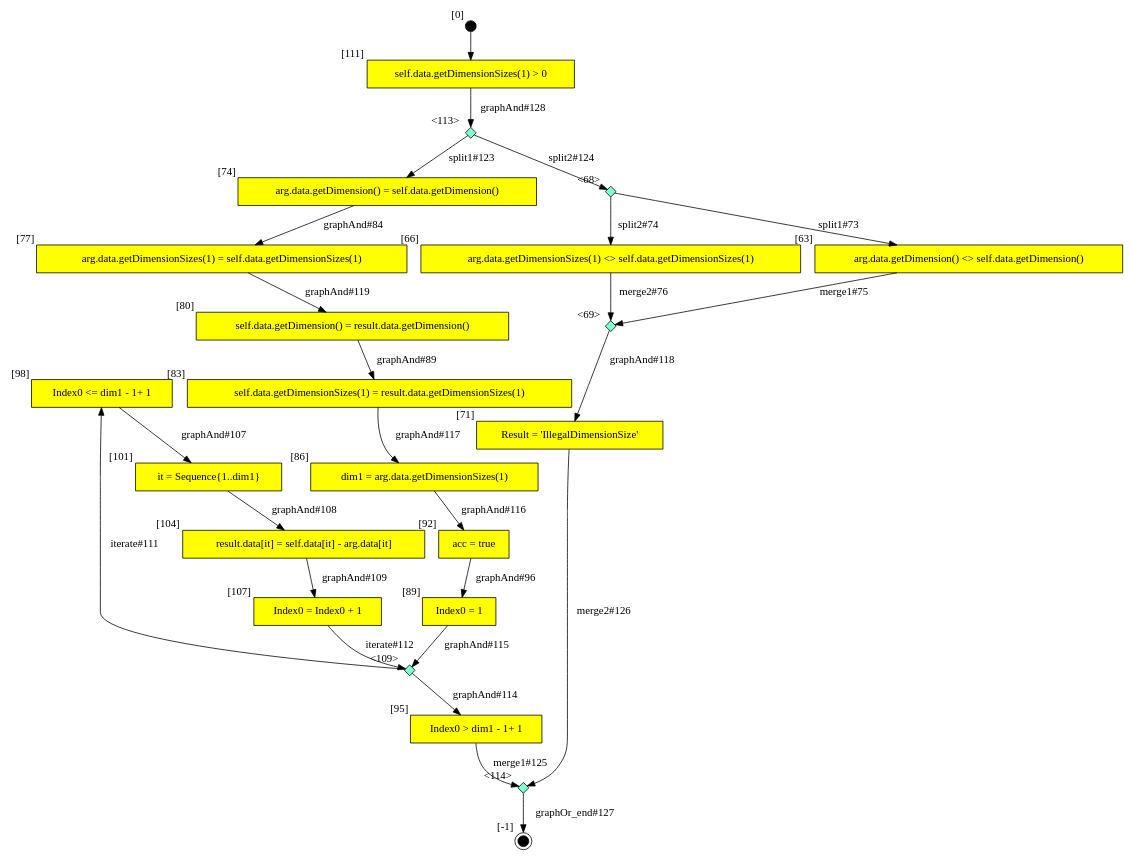
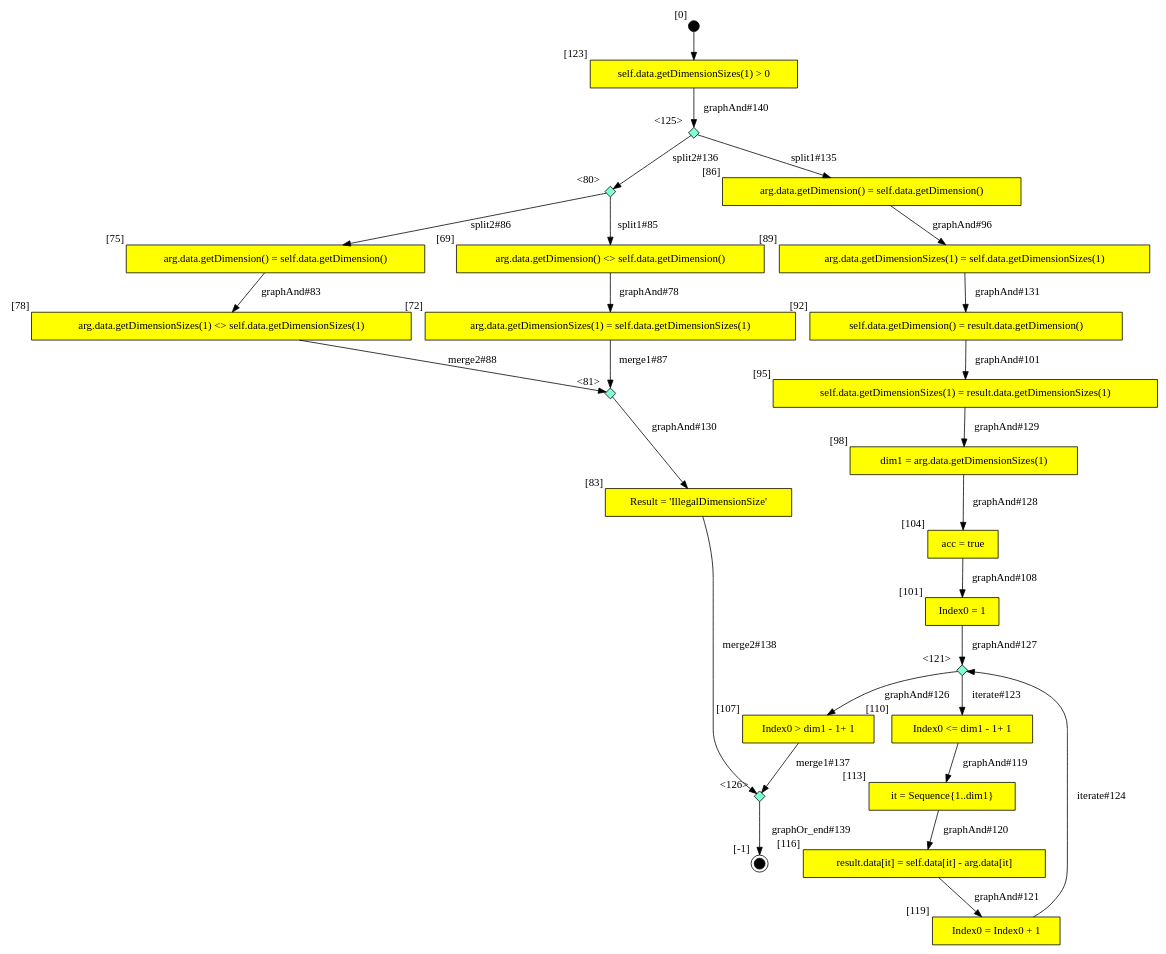
One commit to SamHseih/ocl-testcase-generator changed the diagram in output/CLG/VarArray/DynamicFixedsizeVarArrays_VarArray_sub_DCC.dot. Above: the diagram before and after it, drawn with Graphviz. The commit also changed 642 other files, not shown here.

```diff
--- a/output/CLG/VarArray/DynamicFixedsizeVarArrays_VarArray_sub_DCC.dot
+++ b/output/CLG/VarArray/DynamicFixedsizeVarArrays_VarArray_sub_DCC.dot
@@ -1,50 +1,54 @@
 digraph CLG {
-  98 [shape="box", label="Index0 <= dim1 - 1+ 1", style=filled, fillcolor=yellow, xlabel="[98]"];
-  66 [shape="box", label="arg.data.getDimensionSizes(1) <> self.data.getDimensionSizes(1)", style=filled, fillcolor=yellow, xlabel="[66]"];
-  68 [shape="diamond", label="", xlabel="<68>", style=filled, fillcolor=aquamarine, fixedsize=true, width=.2, height=.2];
-  101 [shape="box", label="it = Sequence{1..dim1}", style=filled, fillcolor=yellow, xlabel="[101]"];
-  69 [shape="diamond", label="", xlabel="<69>", style=filled, fillcolor=aquamarine, fixedsize=true, width=.2, height=.2];
-  71 [shape="box", label="Result = 'IllegalDimensionSize'", style=filled, fillcolor=yellow, xlabel="[71]"];
-  104 [shape="box", label="result.data[it] = self.data[it] - arg.data[it]", style=filled, fillcolor=yellow, xlabel="[104]"];
-  72 [style=filled, fillcolor=black, shape="doublecircle", label="", fixedsize=true, width=.2, height=.2, xlabel="[-1]"];
-  74 [shape="box", label="arg.data.getDimension() = self.data.getDimension()", style=filled, fillcolor=yellow, xlabel="[74]"];
-  107 [shape="box", label="Index0 = Index0 + 1", style=filled, fillcolor=yellow, xlabel="[107]"];
-  77 [shape="box", label="arg.data.getDimensionSizes(1) = self.data.getDimensionSizes(1)", style=filled, fillcolor=yellow, xlabel="[77]"];
-  109 [shape="diamond", label="", xlabel="<109>", style=filled, fillcolor=aquamarine, fixedsize=true, width=.2, height=.2];
-  110 [style=filled, fillcolor=black, shape="circle", label="", fixedsize=true, width=.2, height=.2, xlabel="[0]"];
-  111 [shape="box", label="self.data.getDimensionSizes(1) > 0", style=filled, fillcolor=yellow, xlabel="[111]"];
-  80 [shape="box", label="self.data.getDimension() = result.data.getDimension()", style=filled, fillcolor=yellow, xlabel="[80]"];
-  113 [shape="diamond", label="", xlabel="<113>", style=filled, fillcolor=aquamarine, fixedsize=true, width=.2, height=.2];
-  114 [shape="diamond", label="", xlabel="<114>", style=filled, fillcolor=aquamarine, fixedsize=true, width=.2, height=.2];
-  83 [shape="box", label="self.data.getDimensionSizes(1) = result.data.getDimensionSizes(1)", style=filled, fillcolor=yellow, xlabel="[83]"];
-  86 [shape="box", label="dim1 = arg.data.getDimensionSizes(1)", style=filled, fillcolor=yellow, xlabel="[86]"];
-  89 [shape="box", label="Index0 = 1", style=filled, fillcolor=yellow, xlabel="[89]"];
-  92 [shape="box", label="acc = true", style=filled, fillcolor=yellow, xlabel="[92]"];
-  95 [shape="box", label="Index0 > dim1 - 1+ 1", style=filled, fillcolor=yellow, xlabel="[95]"];
-  63 [shape="box", label="arg.data.getDimension() <> self.data.getDimension()", style=filled, fillcolor=yellow, xlabel="[63]"];
-  111 -> 113[label="graphAnd#128"];
-  68 -> 63[label="split1#73"];
-  68 -> 66[label="split2#74"];
-  63 -> 69[label="merge1#75"];
-  66 -> 69[label="merge2#76"];
-  74 -> 77[label="graphAnd#84"];
-  80 -> 83[label="graphAnd#89"];
-  92 -> 89[label="graphAnd#96"];
-  98 -> 101[label="graphAnd#107"];
-  101 -> 104[label="graphAnd#108"];
-  104 -> 107[label="graphAnd#109"];
-  109 -> 98[label="iterate#111"];
-  107 -> 109[label="iterate#112"];
-  109 -> 95[label="graphAnd#114"];
-  89 -> 109[label="graphAnd#115"];
-  86 -> 92[label="graphAnd#116"];
-  83 -> 86[label="graphAnd#117"];
-  69 -> 71[label="graphAnd#118"];
-  77 -> 80[label="graphAnd#119"];
-  110 -> 111;
-  113 -> 74[label="split1#123"];
-  113 -> 68[label="split2#124"];
-  95 -> 114[label="merge1#125"];
-  71 -> 114[label="merge2#126"];
-  114 -> 72[label="graphOr_end#127"];
+  69 [shape="box", label="arg.data.getDimension() <> self.data.getDimension()", style=filled, fillcolor=yellow, xlabel="[69]"];
+  72 [shape="box", label="arg.data.getDimensionSizes(1) = self.data.getDimensionSizes(1)", style=filled, fillcolor=yellow, xlabel="[72]"];
+  75 [shape="box", label="arg.data.getDimension() = self.data.getDimension()", style=filled, fillcolor=yellow, xlabel="[75]"];
+  78 [shape="box", label="arg.data.getDimensionSizes(1) <> self.data.getDimensionSizes(1)", style=filled, fillcolor=yellow, xlabel="[78]"];
+  80 [shape="diamond", label="", xlabel="<80>", style=filled, fillcolor=aquamarine, fixedsize=true, width=.2, height=.2];
+  81 [shape="diamond", label="", xlabel="<81>", style=filled, fillcolor=aquamarine, fixedsize=true, width=.2, height=.2];
+  83 [shape="box", label="Result = 'IllegalDimensionSize'", style=filled, fillcolor=yellow, xlabel="[83]"];
+  84 [style=filled, fillcolor=black, shape="doublecircle", label="", fixedsize=true, width=.2, height=.2, xlabel="[-1]"];
+  86 [shape="box", label="arg.data.getDimension() = self.data.getDimension()", style=filled, fillcolor=yellow, xlabel="[86]"];
+  89 [shape="box", label="arg.data.getDimensionSizes(1) = self.data.getDimensionSizes(1)", style=filled, fillcolor=yellow, xlabel="[89]"];
+  92 [shape="box", label="self.data.getDimension() = result.data.getDimension()", style=filled, fillcolor=yellow, xlabel="[92]"];
+  95 [shape="box", label="self.data.getDimensionSizes(1) = result.data.getDimensionSizes(1)", style=filled, fillcolor=yellow, xlabel="[95]"];
+  98 [shape="box", label="dim1 = arg.data.getDimensionSizes(1)", style=filled, fillcolor=yellow, xlabel="[98]"];
+  101 [shape="box", label="Index0 = 1", style=filled, fillcolor=yellow, xlabel="[101]"];
+  104 [shape="box", label="acc = true", style=filled, fillcolor=yellow, xlabel="[104]"];
+  107 [shape="box", label="Index0 > dim1 - 1+ 1", style=filled, fillcolor=yellow, xlabel="[107]"];
+  110 [shape="box", label="Index0 <= dim1 - 1+ 1", style=filled, fillcolor=yellow, xlabel="[110]"];
+  113 [shape="box", label="it = Sequence{1..dim1}", style=filled, fillcolor=yellow, xlabel="[113]"];
+  116 [shape="box", label="result.data[it] = self.data[it] - arg.data[it]", style=filled, fillcolor=yellow, xlabel="[116]"];
+  119 [shape="box", label="Index0 = Index0 + 1", style=filled, fillcolor=yellow, xlabel="[119]"];
+  121 [shape="diamond", label="", xlabel="<121>", style=filled, fillcolor=aquamarine, fixedsize=true, width=.2, height=.2];
+  122 [style=filled, fillcolor=black, shape="circle", label="", fixedsize=true, width=.2, height=.2, xlabel="[0]"];
+  123 [shape="box", label="self.data.getDimensionSizes(1) > 0", style=filled, fillcolor=yellow, xlabel="[123]"];
+  125 [shape="diamond", label="", xlabel="<125>", style=filled, fillcolor=aquamarine, fixedsize=true, width=.2, height=.2];
+  126 [shape="diamond", label="", xlabel="<126>", style=filled, fillcolor=aquamarine, fixedsize=true, width=.2, height=.2];
+  98 -> 104[label="graphAnd#128"];
+  95 -> 98[label="graphAnd#129"];
+  81 -> 83[label="graphAnd#130"];
+  89 -> 92[label="graphAnd#131"];
+  122 -> 123;
+  125 -> 86[label="split1#135"];
+  125 -> 80[label="split2#136"];
+  107 -> 126[label="merge1#137"];
+  83 -> 126[label="merge2#138"];
+  126 -> 84[label="graphOr_end#139"];
+  123 -> 125[label="graphAnd#140"];
+  69 -> 72[label="graphAnd#78"];
+  75 -> 78[label="graphAnd#83"];
+  80 -> 69[label="split1#85"];
+  80 -> 75[label="split2#86"];
+  72 -> 81[label="merge1#87"];
+  78 -> 81[label="merge2#88"];
+  86 -> 89[label="graphAnd#96"];
+  92 -> 95[label="graphAnd#101"];
+  104 -> 101[label="graphAnd#108"];
+  110 -> 113[label="graphAnd#119"];
+  113 -> 116[label="graphAnd#120"];
+  116 -> 119[label="graphAnd#121"];
+  121 -> 110[label="iterate#123"];
+  119 -> 121[label="iterate#124"];
+  121 -> 107[label="graphAnd#126"];
+  101 -> 121[label="graphAnd#127"];
 }
```
